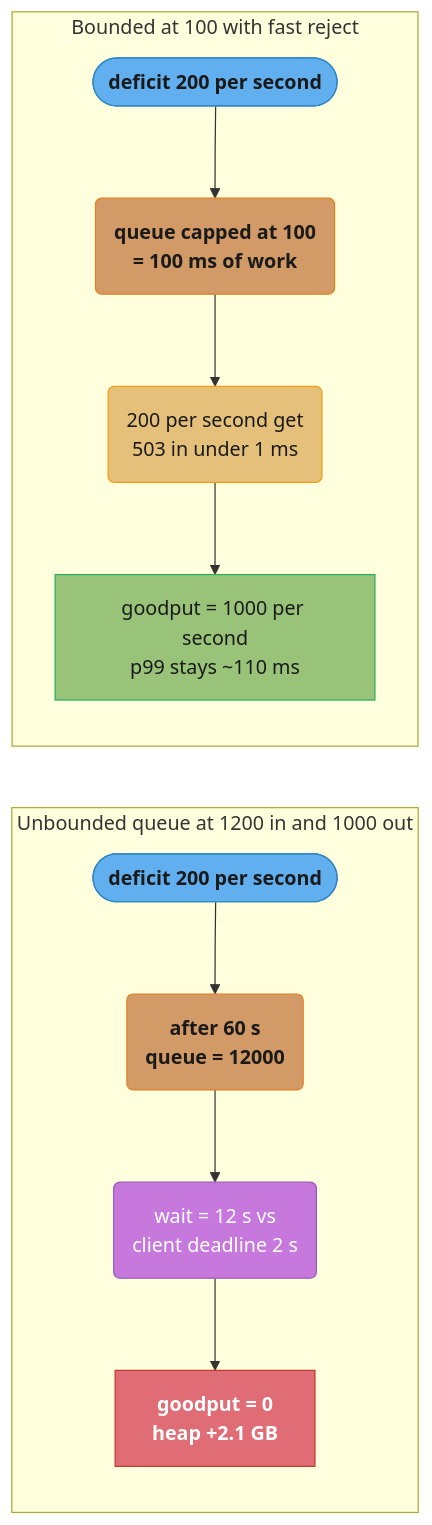
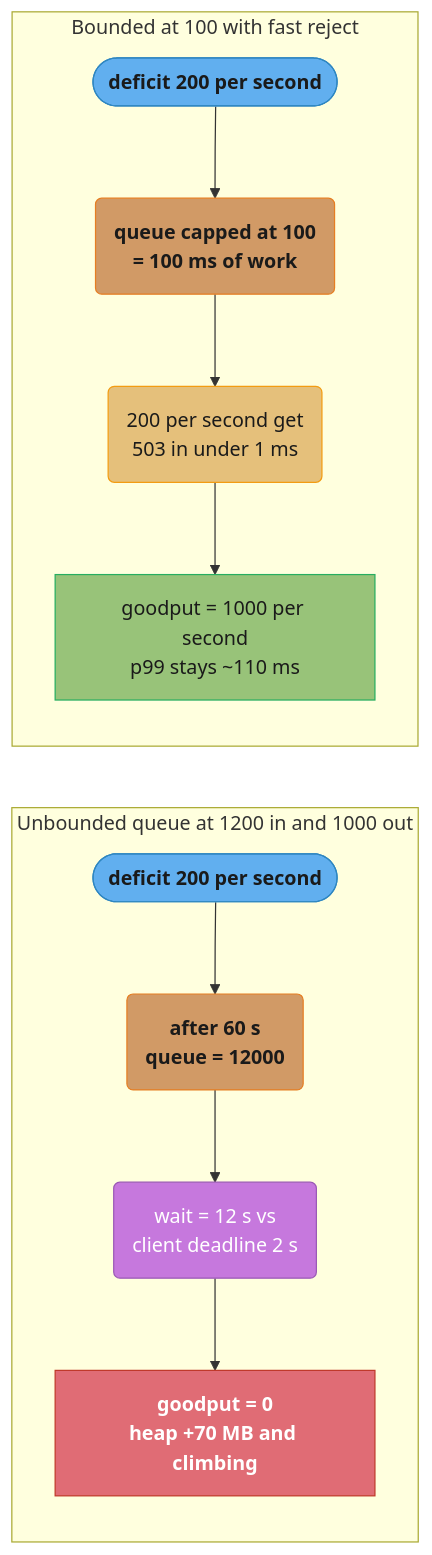
The sixth of 6 diagrams in src/main/java/com/rutik/systemdesign/backend/queueing_theory_for_capacity/queueing_theory_for_capacity.md (rppol/system-design), drawn with Mermaid before and after one commit. The commit also changed other lines of this file and 10 other files, not shown here.

````diff
--- a/src/main/java/com/rutik/systemdesign/backend/queueing_theory_for_capacity/queueing_theory_for_capacity.md
+++ b/src/main/java/com/rutik/systemdesign/backend/queueing_theory_for_capacity/queueing_theory_for_capacity.md
@@ -194,35 +194,35 @@
 ```mermaid
 flowchart LR
     classDef io      fill:#61afef,stroke:#2e86c1,color:#1a1a1a,font-weight:bold
     classDef frozen  fill:#c678dd,stroke:#9b59b6,color:#fff
     classDef train   fill:#98c379,stroke:#27ae60,color:#1a1a1a
     classDef mathOp  fill:#d19a66,stroke:#e67e22,color:#1a1a1a,font-weight:bold
     classDef lossN   fill:#e06c75,stroke:#c0392b,color:#fff,font-weight:bold
     classDef req     fill:#56b6c2,stroke:#0097a7,color:#1a1a1a
     classDef base    fill:#e5c07b,stroke:#f39c12,color:#1a1a1a
 
     subgraph Unb["Unbounded queue at 1200 in and 1000 out"]
         direction TB
         u1(["deficit 200 per second"])
         u2("after 60 s<br/>queue = 12000")
         u3("wait = 12 s vs<br/>client deadline 2 s")
-        u4["goodput = 0<br/>heap +2.1 GB"]
+        u4["goodput = 0<br/>heap +70 MB and climbing"]
         u1 --> u2 --> u3 --> u4
     end
 
     subgraph Bnd["Bounded at 100 with fast reject"]
         direction TB
         b1(["deficit 200 per second"])
         b2("queue capped at 100<br/>= 100 ms of work")
         b3("200 per second get<br/>503 in under 1 ms")
         b4["goodput = 1000 per second<br/>p99 stays ~110 ms"]
         b1 --> b2 --> b3 --> b4
     end
 
     class u1,b1 io
     class u2,b2 mathOp
     class u3 frozen
     class u4 lossN
     class b3 base
     class b4 train
 ```
````
